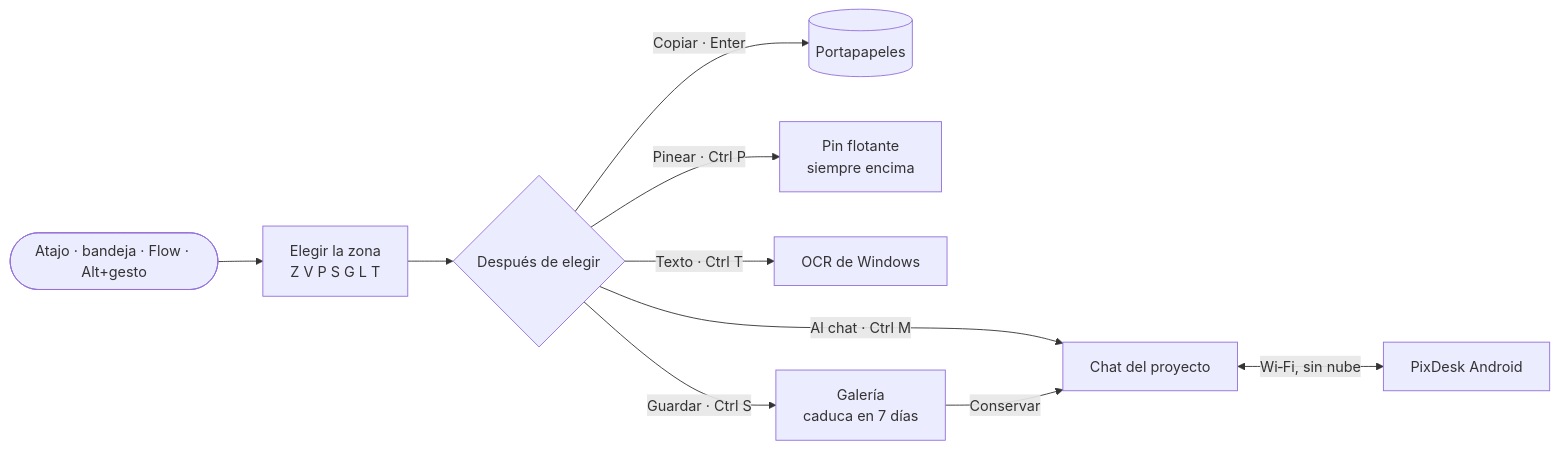
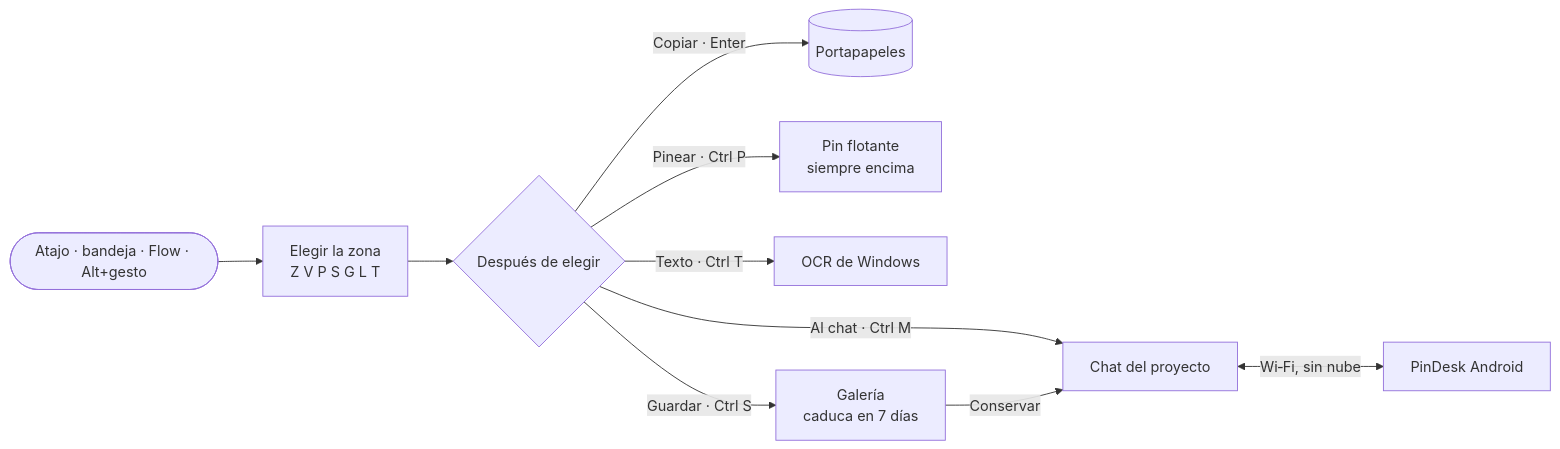
Before and after one commit to 1xmanMAX/PIXPIN_PRO_WINDOWS: the first of 4 diagrams in README.md, drawn with Mermaid. The commit also changed other lines of this file and 225 other files, not shown here.

First line of the commit message:
El nombre definitivo es PinDesk (reservado en Microsoft Store), no PixDesk

````diff
--- a/README.md
+++ b/README.md
@@ -96,12 +96,12 @@
 ```mermaid
 flowchart LR
     A([Atajo · bandeja · Flow · Alt+gesto]) --> B[Elegir la zona<br/>Z V P S G L T]
     B --> C{Después de elegir}
     C -->|Copiar · Enter| D[(Portapapeles)]
     C -->|Pinear · Ctrl P| E[Pin flotante<br/>siempre encima]
     C -->|Al chat · Ctrl M| F[Chat del proyecto]
     C -->|Texto · Ctrl T| G[OCR de Windows]
     C -->|Guardar · Ctrl S| H[Galería<br/>caduca en 7 días]
     H -->|Conservar| F
-    F <-->|Wi‑Fi, sin nube| I[PixDesk Android]
+    F <-->|Wi‑Fi, sin nube| I[PinDesk Android]
 ```
````
